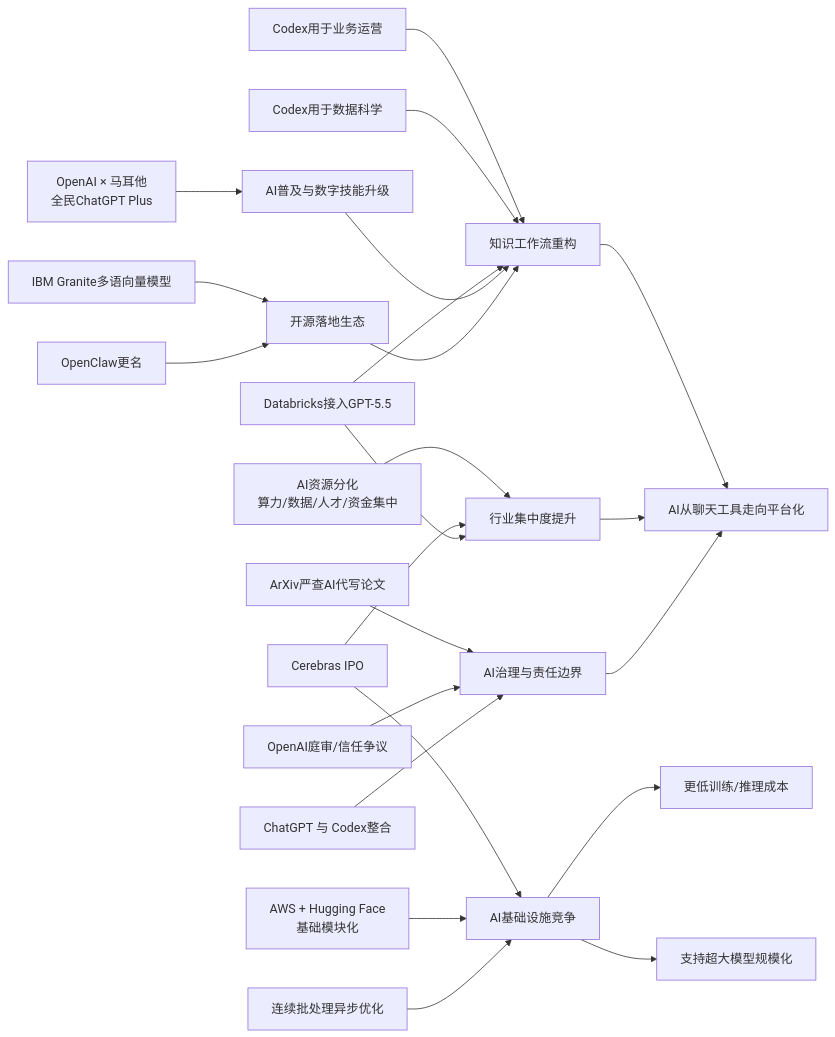
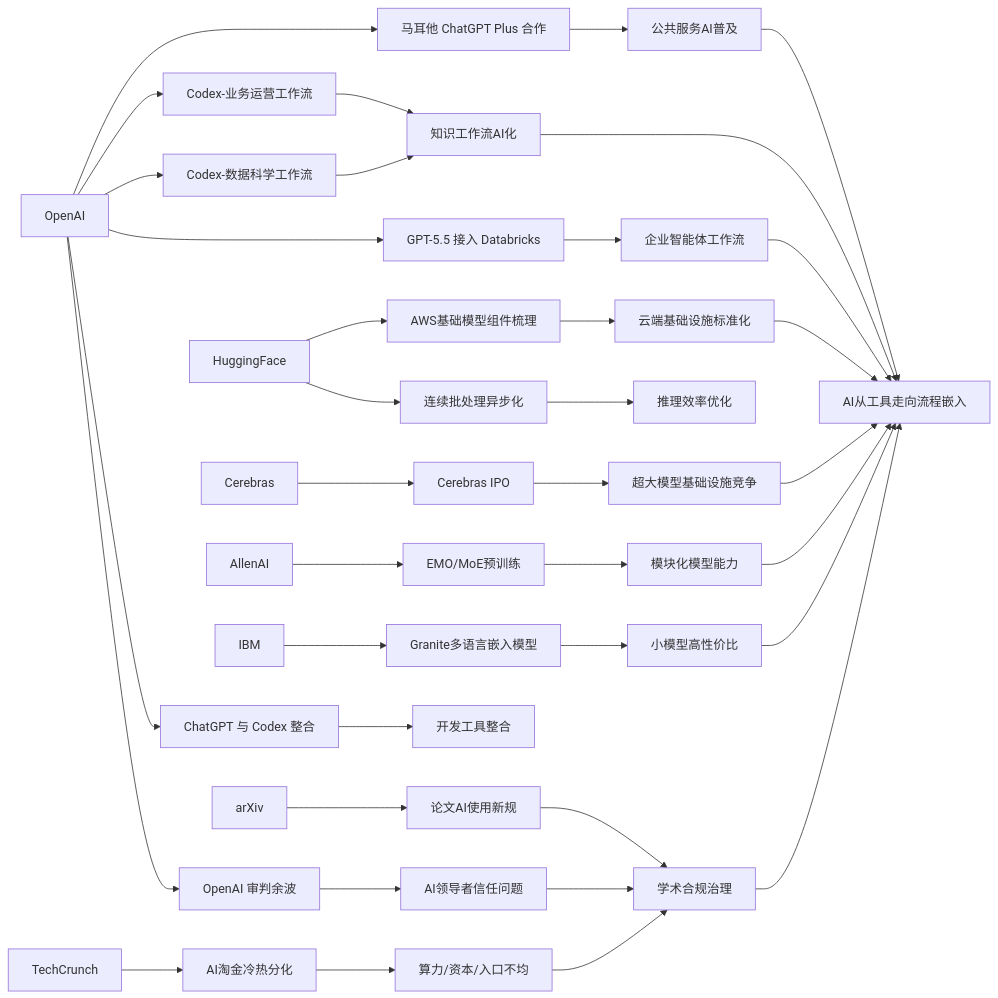
One commit to zhuxinfei/ai-daily-site changed the diagram in content/cn/2026/2026-05/2026-05-17.md. Above: the diagram before and after it, drawn with Mermaid. The commit also changed other lines of this file, not shown here.

````diff
--- a/content/cn/2026/2026-05/2026-05-17.md
+++ b/content/cn/2026/2026-05/2026-05-17.md
@@ -102,31 +106,49 @@
 ```mermaid
 graph LR
-    Cerebras[Cerebras IPO] --> Infra[AI基础设施竞争]
-    AWSHF[AWS + Hugging Face\n基础模块化] --> Infra
-    AsyncBatch[连续批处理异步优化] --> Infra
+    OpenAI --> Malta[马耳他 ChatGPT Plus 合作]
+    OpenAI --> CodexOps[Codex-业务运营工作流]
+    OpenAI --> CodexDS[Codex-数据科学工作流]
+    OpenAI --> Databricks[GPT-5.5 接入 Databricks]
+    OpenAI --> ProductStrategy[ChatGPT 与 Codex 整合]
+    OpenAI --> Trial[OpenAI 审判余波]
 
-    Infra --> CostDown[更低训练/推理成本]
-    Infra --> Scale[支持超大模型规模化]
+    Malta --> PublicAdoption[公共服务AI普及]
+    CodexOps --> WorkflowAI[知识工作流AI化]
+    CodexDS --> WorkflowAI
+    Databricks --> EnterpriseAgents[企业智能体工作流]
+    ProductStrategy --> DevToolIntegration[开发工具整合]
 
-    OpenAI_Malta[OpenAI × 马耳他\n全民ChatGPT Plus] --> Adoption[AI普及与数字技能升级]
-    Codex_Biz[Codex用于业务运营] --> Workflow[知识工作流重构]
-    Codex_DS[Codex用于数据科学] --> Workflow
-    Databricks[Databricks接入GPT-5.5] --> Workflow
-    Adoption --> Workflow
+    HuggingFace --> AWSBlocks[AWS基础模型组件梳理]
+    HuggingFace --> AsyncBatching[连续批处理异步化]
+    AWSBlocks --> InfraStandardization[云端基础设施标准化]
+    AsyncBatching --> InferenceEfficiency[推理效率优化]
 
-    ResourceGap[AI资源分化\n算力/数据/人才/资金集中] --> Concentration[行业集中度提升]
-    Cerebras --> Concentration
-    Databricks --> Concentration
+    Cerebras --> IPO[Cerebras IPO]
+    IPO --> LargeModelInfra[超大模型基础设施竞争]
 
-    Arxiv[ArXiv严查AI代写论文] --> Governance[AI治理与责任边界]
-    OpenAI_Trial[OpenAI庭审/信任争议] --> Governance
-    ProductMerge[ChatGPT 与 Codex整合] --> Governance
+    AllenAI --> EMO[EMO/MoE预训练]
+    EMO --> ModularModels[模块化模型能力]
 
-    Workflow --> PlatformShift[AI从聊天工具走向平台化]
-    Concentration --> PlatformShift
-    Governance --> PlatformShift
+    IBM --> Granite[Granite多语言嵌入模型]
+    Granite --> SmallModelValue[小模型高性价比]
 
-    Granite[IBM Granite多语向量模型] --> OpenEcosystem[开源落地生态]
-    OpenClaw[OpenClaw更名] --> OpenEcosystem
-    OpenEcosystem --> Workflow
+    TechCrunch --> GoldRush[AI淘金冷热分化]
+    GoldRush --> ResourceGap[算力/资本/入口不均]
+
+    arXiv --> Policy[论文AI使用新规]
+    Policy --> Governance[学术合规治理]
+
+    Trial --> Trust[AI领导者信任问题]
+    ResourceGap --> Governance
+    Trust --> Governance
+
+    WorkflowAI --> IndustryShift[AI从工具走向流程嵌入]
+    PublicAdoption --> IndustryShift
+    EnterpriseAgents --> IndustryShift
+
+    InfraStandardization --> IndustryShift
+    LargeModelInfra --> IndustryShift
+    ModularModels --> IndustryShift
+    SmallModelValue --> IndustryShift
+    Governance --> IndustryShift
 ```
````
